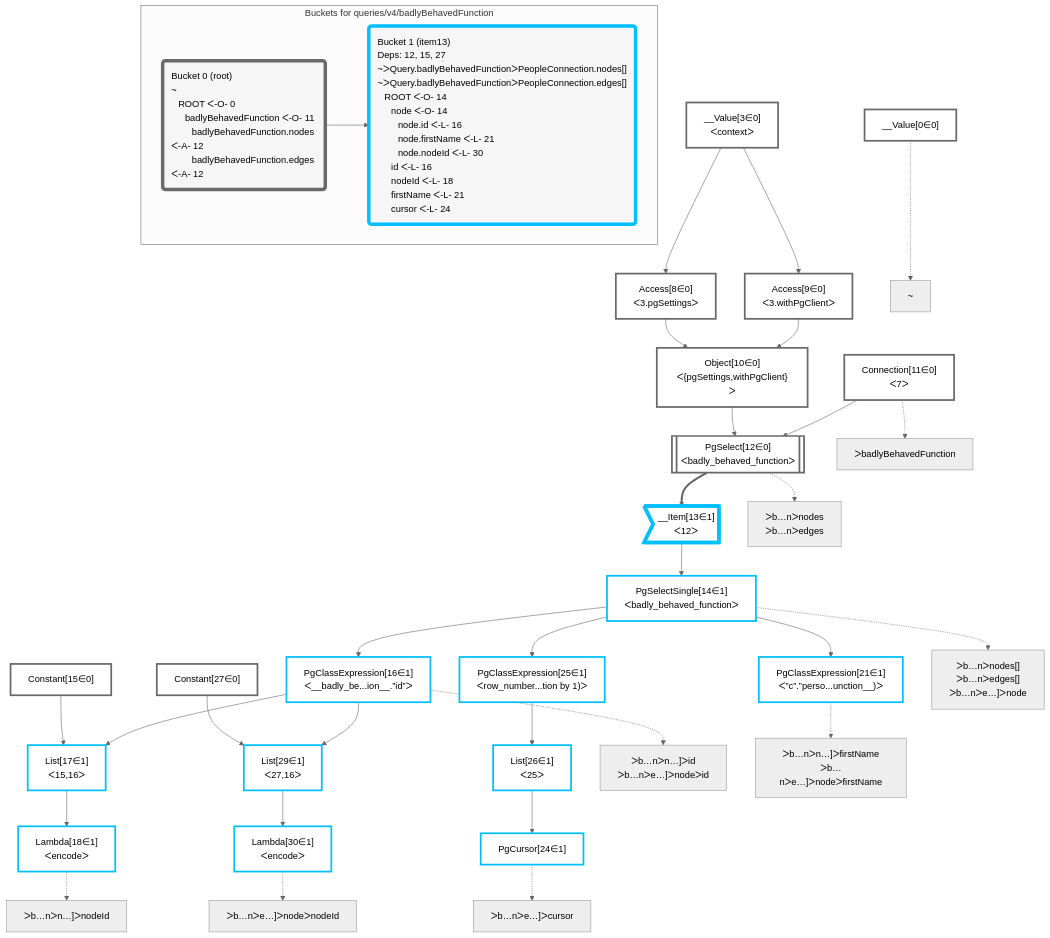
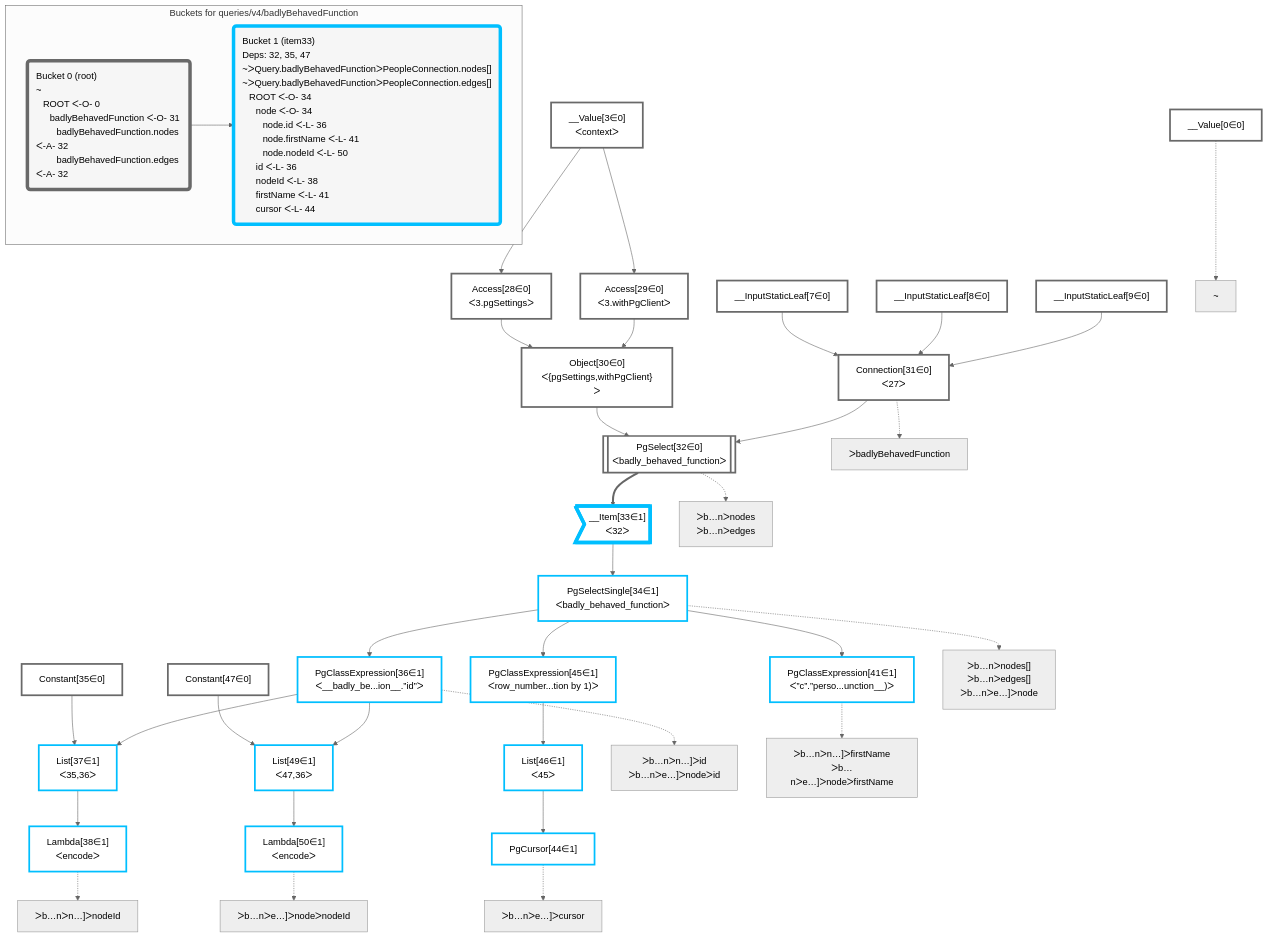
Before and after one commit to graphile/crystal: the diagram in packages/postgraphile/__tests__/queries/v4/badlyBehavedFunction.mermaid, drawn with Mermaid (neutral theme). The commit also changed 6 other files, not shown here.

```diff
--- a/packages/postgraphile/__tests__/queries/v4/badlyBehavedFunction.mermaid
+++ b/packages/postgraphile/__tests__/queries/v4/badlyBehavedFunction.mermaid
@@ -1,76 +1,80 @@
 graph TD
     classDef path fill:#eee,stroke:#000,color:#000
     classDef plan fill:#fff,stroke-width:3px,color:#000
     classDef itemplan fill:#fff,stroke-width:6px,color:#000
     classDef sideeffectplan fill:#f00,stroke-width:6px,color:#000
     classDef bucket fill:#f6f6f6,color:#000,stroke-width:6px,text-align:left
 
 
     %% define plans
     __Value0["__Value[0∈0]"]:::plan
     __Value3["__Value[3∈0]<br />ᐸcontextᐳ"]:::plan
-    Access8["Access[8∈0]<br />ᐸ3.pgSettingsᐳ"]:::plan
-    Access9["Access[9∈0]<br />ᐸ3.withPgClientᐳ"]:::plan
-    Object10["Object[10∈0]<br />ᐸ{pgSettings,withPgClient}ᐳ"]:::plan
-    Connection11["Connection[11∈0]<br />ᐸ7ᐳ"]:::plan
-    PgSelect12[["PgSelect[12∈0]<br />ᐸbadly_behaved_functionᐳ"]]:::plan
-    __Item13>"__Item[13∈1]<br />ᐸ12ᐳ"]:::itemplan
-    PgSelectSingle14["PgSelectSingle[14∈1]<br />ᐸbadly_behaved_functionᐳ"]:::plan
-    Constant15["Constant[15∈0]"]:::plan
-    PgClassExpression16["PgClassExpression[16∈1]<br />ᐸ__badly_be...ion__.”id”ᐳ"]:::plan
-    List17["List[17∈1]<br />ᐸ15,16ᐳ"]:::plan
-    Lambda18["Lambda[18∈1]<br />ᐸencodeᐳ"]:::plan
-    PgClassExpression21["PgClassExpression[21∈1]<br />ᐸ”c”.”perso...unction__)ᐳ"]:::plan
-    PgClassExpression25["PgClassExpression[25∈1]<br />ᐸrow_number...tion by 1)ᐳ"]:::plan
-    List26["List[26∈1]<br />ᐸ25ᐳ"]:::plan
-    PgCursor24["PgCursor[24∈1]"]:::plan
-    Constant27["Constant[27∈0]"]:::plan
-    List29["List[29∈1]<br />ᐸ27,16ᐳ"]:::plan
-    Lambda30["Lambda[30∈1]<br />ᐸencodeᐳ"]:::plan
+    __InputStaticLeaf7["__InputStaticLeaf[7∈0]"]:::plan
+    __InputStaticLeaf8["__InputStaticLeaf[8∈0]"]:::plan
+    __InputStaticLeaf9["__InputStaticLeaf[9∈0]"]:::plan
+    Access28["Access[28∈0]<br />ᐸ3.pgSettingsᐳ"]:::plan
+    Access29["Access[29∈0]<br />ᐸ3.withPgClientᐳ"]:::plan
+    Object30["Object[30∈0]<br />ᐸ{pgSettings,withPgClient}ᐳ"]:::plan
+    Connection31["Connection[31∈0]<br />ᐸ27ᐳ"]:::plan
+    PgSelect32[["PgSelect[32∈0]<br />ᐸbadly_behaved_functionᐳ"]]:::plan
+    __Item33>"__Item[33∈1]<br />ᐸ32ᐳ"]:::itemplan
+    PgSelectSingle34["PgSelectSingle[34∈1]<br />ᐸbadly_behaved_functionᐳ"]:::plan
+    Constant35["Constant[35∈0]"]:::plan
+    PgClassExpression36["PgClassExpression[36∈1]<br />ᐸ__badly_be...ion__.”id”ᐳ"]:::plan
+    List37["List[37∈1]<br />ᐸ35,36ᐳ"]:::plan
+    Lambda38["Lambda[38∈1]<br />ᐸencodeᐳ"]:::plan
+    PgClassExpression41["PgClassExpression[41∈1]<br />ᐸ”c”.”perso...unction__)ᐳ"]:::plan
+    PgClassExpression45["PgClassExpression[45∈1]<br />ᐸrow_number...tion by 1)ᐳ"]:::plan
+    List46["List[46∈1]<br />ᐸ45ᐳ"]:::plan
+    PgCursor44["PgCursor[44∈1]"]:::plan
+    Constant47["Constant[47∈0]"]:::plan
+    List49["List[49∈1]<br />ᐸ47,36ᐳ"]:::plan
+    Lambda50["Lambda[50∈1]<br />ᐸencodeᐳ"]:::plan
 
     %% plan dependencies
-    __Value3 --> Access8
-    __Value3 --> Access9
-    Access8 & Access9 --> Object10
-    Object10 & Connection11 --> PgSelect12
-    PgSelect12 ==> __Item13
-    __Item13 --> PgSelectSingle14
-    PgSelectSingle14 --> PgClassExpression16
-    Constant15 & PgClassExpression16 --> List17
-    List17 --> Lambda18
-    PgSelectSingle14 --> PgClassExpression21
-    PgSelectSingle14 --> PgClassExpression25
-    PgClassExpression25 --> List26
-    List26 --> PgCursor24
-    Constant27 & PgClassExpression16 --> List29
-    List29 --> Lambda30
+    __Value3 --> Access28
+    __Value3 --> Access29
+    Access28 & Access29 --> Object30
+    __InputStaticLeaf7 & __InputStaticLeaf8 & __InputStaticLeaf9 --> Connection31
+    Object30 & Connection31 --> PgSelect32
+    PgSelect32 ==> __Item33
+    __Item33 --> PgSelectSingle34
+    PgSelectSingle34 --> PgClassExpression36
+    Constant35 & PgClassExpression36 --> List37
+    List37 --> Lambda38
+    PgSelectSingle34 --> PgClassExpression41
+    PgSelectSingle34 --> PgClassExpression45
+    PgClassExpression45 --> List46
+    List46 --> PgCursor44
+    Constant47 & PgClassExpression36 --> List49
+    List49 --> Lambda50
 
     %% plan-to-path relationships
     P0["~"]
     __Value0 -.-> P0
-    P11["ᐳbadlyBehavedFunction"]
-    Connection11 -.-> P11
-    P12["ᐳb…nᐳnodes<br />ᐳb…nᐳedges"]
-    PgSelect12 -.-> P12
-    P14["ᐳb…nᐳnodes[]<br />ᐳb…nᐳedges[]<br />ᐳb…nᐳe…]ᐳnode"]
-    PgSelectSingle14 -.-> P14
-    P16["ᐳb…nᐳn…]ᐳid<br />ᐳb…nᐳe…]ᐳnodeᐳid"]
-    PgClassExpression16 -.-> P16
-    P18["ᐳb…nᐳn…]ᐳnodeId"]
-    Lambda18 -.-> P18
-    P21["ᐳb…nᐳn…]ᐳfirstName<br />ᐳb…nᐳe…]ᐳnodeᐳfirstName"]
-    PgClassExpression21 -.-> P21
-    P24["ᐳb…nᐳe…]ᐳcursor"]
-    PgCursor24 -.-> P24
-    P30["ᐳb…nᐳe…]ᐳnodeᐳnodeId"]
-    Lambda30 -.-> P30
+    P31["ᐳbadlyBehavedFunction"]
+    Connection31 -.-> P31
+    P32["ᐳb…nᐳnodes<br />ᐳb…nᐳedges"]
+    PgSelect32 -.-> P32
+    P34["ᐳb…nᐳnodes[]<br />ᐳb…nᐳedges[]<br />ᐳb…nᐳe…]ᐳnode"]
+    PgSelectSingle34 -.-> P34
+    P36["ᐳb…nᐳn…]ᐳid<br />ᐳb…nᐳe…]ᐳnodeᐳid"]
+    PgClassExpression36 -.-> P36
+    P38["ᐳb…nᐳn…]ᐳnodeId"]
+    Lambda38 -.-> P38
+    P41["ᐳb…nᐳn…]ᐳfirstName<br />ᐳb…nᐳe…]ᐳnodeᐳfirstName"]
+    PgClassExpression41 -.-> P41
+    P44["ᐳb…nᐳe…]ᐳcursor"]
+    PgCursor44 -.-> P44
+    P50["ᐳb…nᐳe…]ᐳnodeᐳnodeId"]
+    Lambda50 -.-> P50
 
     subgraph "Buckets for queries/v4/badlyBehavedFunction"
-    Bucket0("Bucket 0 (root)<br />~<br />⠀ROOT ᐸ-O- 0<br />⠀⠀badlyBehavedFunction ᐸ-O- 11<br />⠀⠀⠀badlyBehavedFunction.nodes ᐸ-A- 12<br />⠀⠀⠀badlyBehavedFunction.edges ᐸ-A- 12"):::bucket
+    Bucket0("Bucket 0 (root)<br />~<br />⠀ROOT ᐸ-O- 0<br />⠀⠀badlyBehavedFunction ᐸ-O- 31<br />⠀⠀⠀badlyBehavedFunction.nodes ᐸ-A- 32<br />⠀⠀⠀badlyBehavedFunction.edges ᐸ-A- 32"):::bucket
     classDef bucket0 stroke:#696969
-    class Bucket0,__Value0,__Value3,Access8,Access9,Object10,Connection11,PgSelect12,Constant15,Constant27 bucket0
-    Bucket1("Bucket 1 (item13)<br />Deps: 12, 15, 27<br />~ᐳQuery.badlyBehavedFunctionᐳPeopleConnection.nodes[]<br />~ᐳQuery.badlyBehavedFunctionᐳPeopleConnection.edges[]<br />⠀ROOT ᐸ-O- 14<br />⠀⠀node ᐸ-O- 14<br />⠀⠀⠀node.id ᐸ-L- 16<br />⠀⠀⠀node.firstName ᐸ-L- 21<br />⠀⠀⠀node.nodeId ᐸ-L- 30<br />⠀⠀id ᐸ-L- 16<br />⠀⠀nodeId ᐸ-L- 18<br />⠀⠀firstName ᐸ-L- 21<br />⠀⠀cursor ᐸ-L- 24"):::bucket
+    class Bucket0,__Value0,__Value3,__InputStaticLeaf7,__InputStaticLeaf8,__InputStaticLeaf9,Access28,Access29,Object30,Connection31,PgSelect32,Constant35,Constant47 bucket0
+    Bucket1("Bucket 1 (item33)<br />Deps: 32, 35, 47<br />~ᐳQuery.badlyBehavedFunctionᐳPeopleConnection.nodes[]<br />~ᐳQuery.badlyBehavedFunctionᐳPeopleConnection.edges[]<br />⠀ROOT ᐸ-O- 34<br />⠀⠀node ᐸ-O- 34<br />⠀⠀⠀node.id ᐸ-L- 36<br />⠀⠀⠀node.firstName ᐸ-L- 41<br />⠀⠀⠀node.nodeId ᐸ-L- 50<br />⠀⠀id ᐸ-L- 36<br />⠀⠀nodeId ᐸ-L- 38<br />⠀⠀firstName ᐸ-L- 41<br />⠀⠀cursor ᐸ-L- 44"):::bucket
     classDef bucket1 stroke:#00bfff
-    class Bucket1,__Item13,PgSelectSingle14,PgClassExpression16,List17,Lambda18,PgClassExpression21,PgCursor24,PgClassExpression25,List26,List29,Lambda30 bucket1
+    class Bucket1,__Item33,PgSelectSingle34,PgClassExpression36,List37,Lambda38,PgClassExpression41,PgCursor44,PgClassExpression45,List46,List49,Lambda50 bucket1
     Bucket0 --> Bucket1
     end
```
